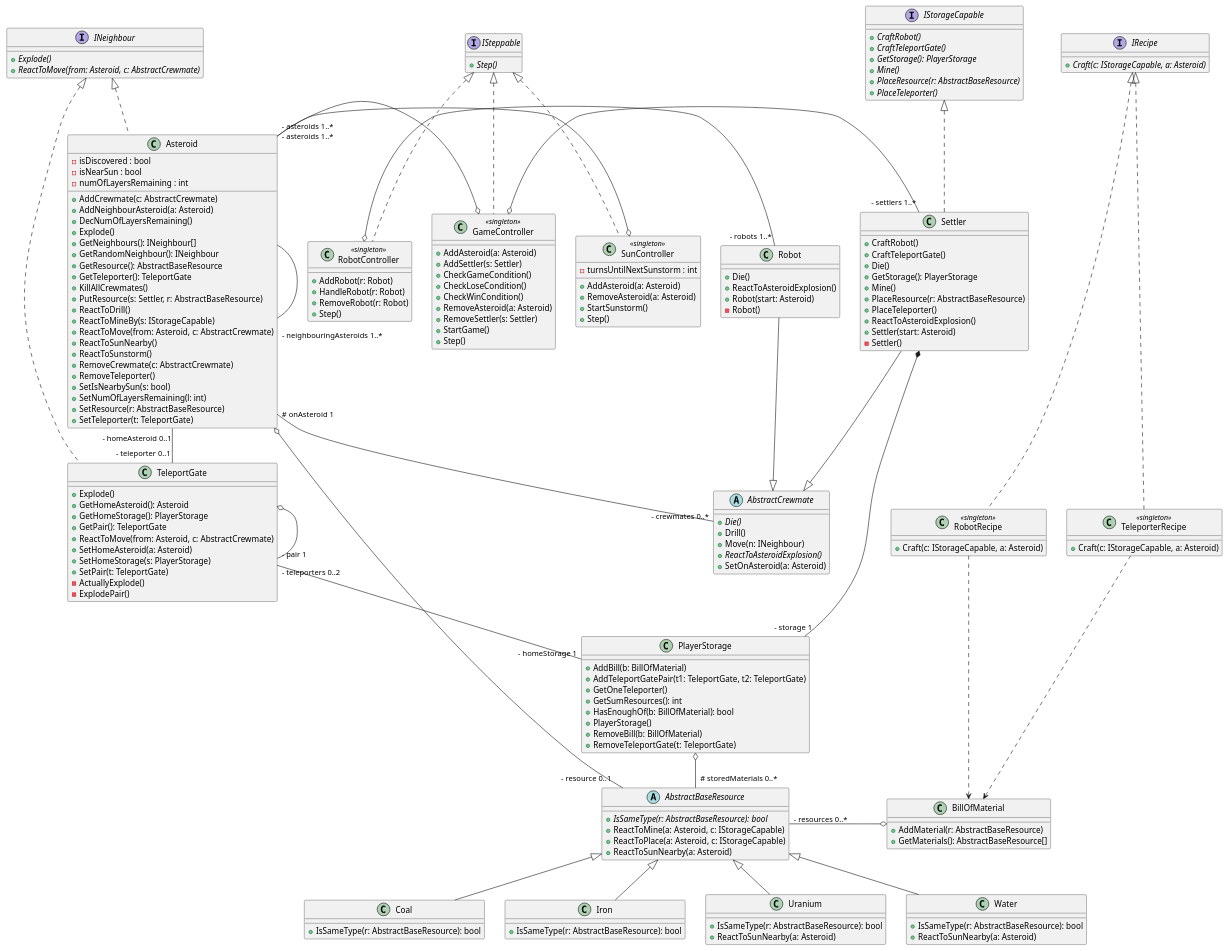
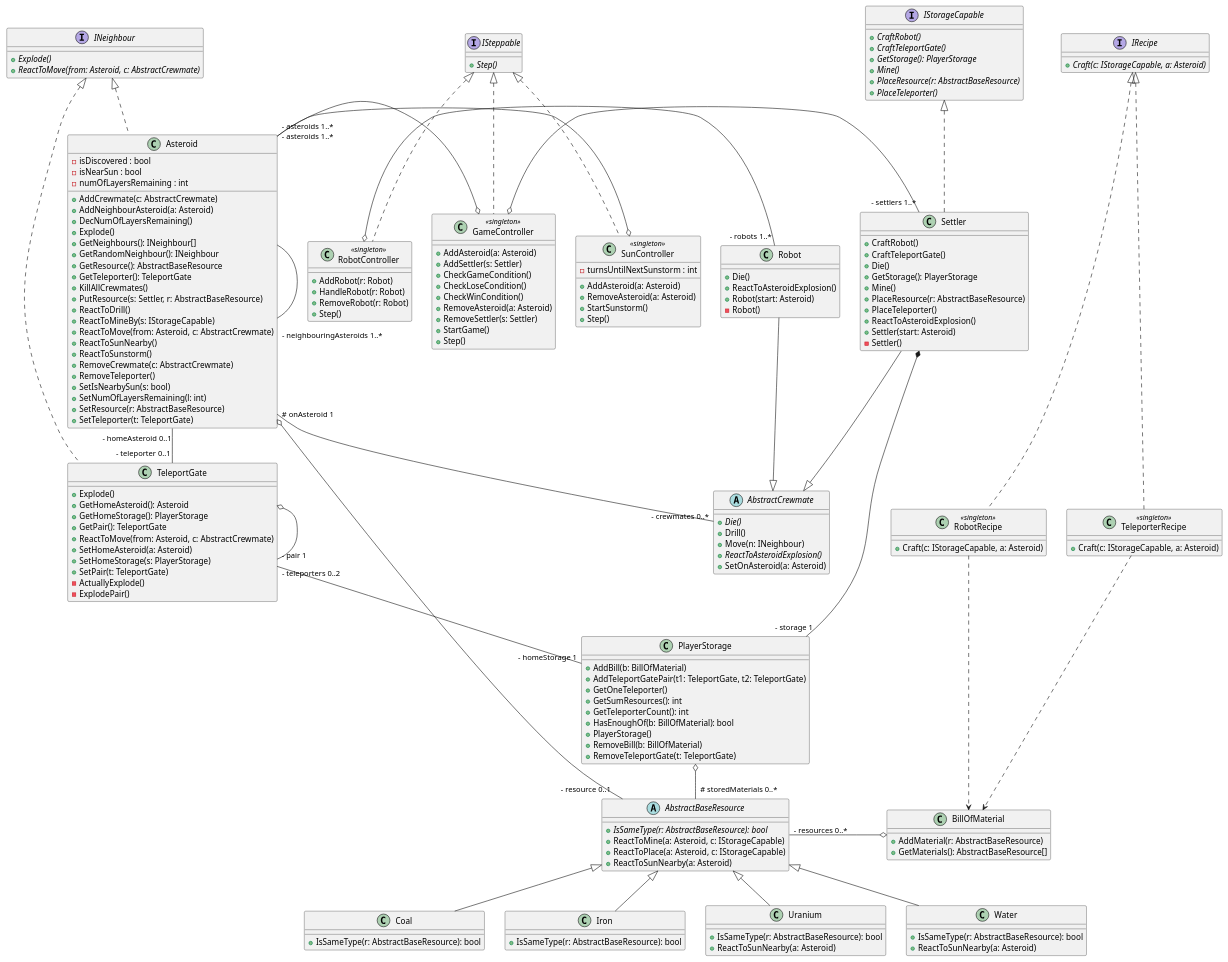
One commit to bbucsy/projlab_holy_oil changed the diagram in uml/class_diagrams/class.plantuml. Above: the diagram before and after it, drawn with PlantUML. The commit also changed 3 other files, not shown here.

Commit message:
settler can have 3 gates now in plantuml files

```diff
--- a/uml/class_diagrams/class.plantuml
+++ b/uml/class_diagrams/class.plantuml
@@ -6,6 +6,7 @@
   + AddTeleportGatePair(t1: TeleportGate, t2: TeleportGate)
   + GetOneTeleporter()
   + GetSumResources(): int
+  + GetTeleporterCount(): int
   + HasEnoughOf(b: BillOfMaterial): bool
   + PlayerStorage()
   + RemoveBill(b: BillOfMaterial)
```
